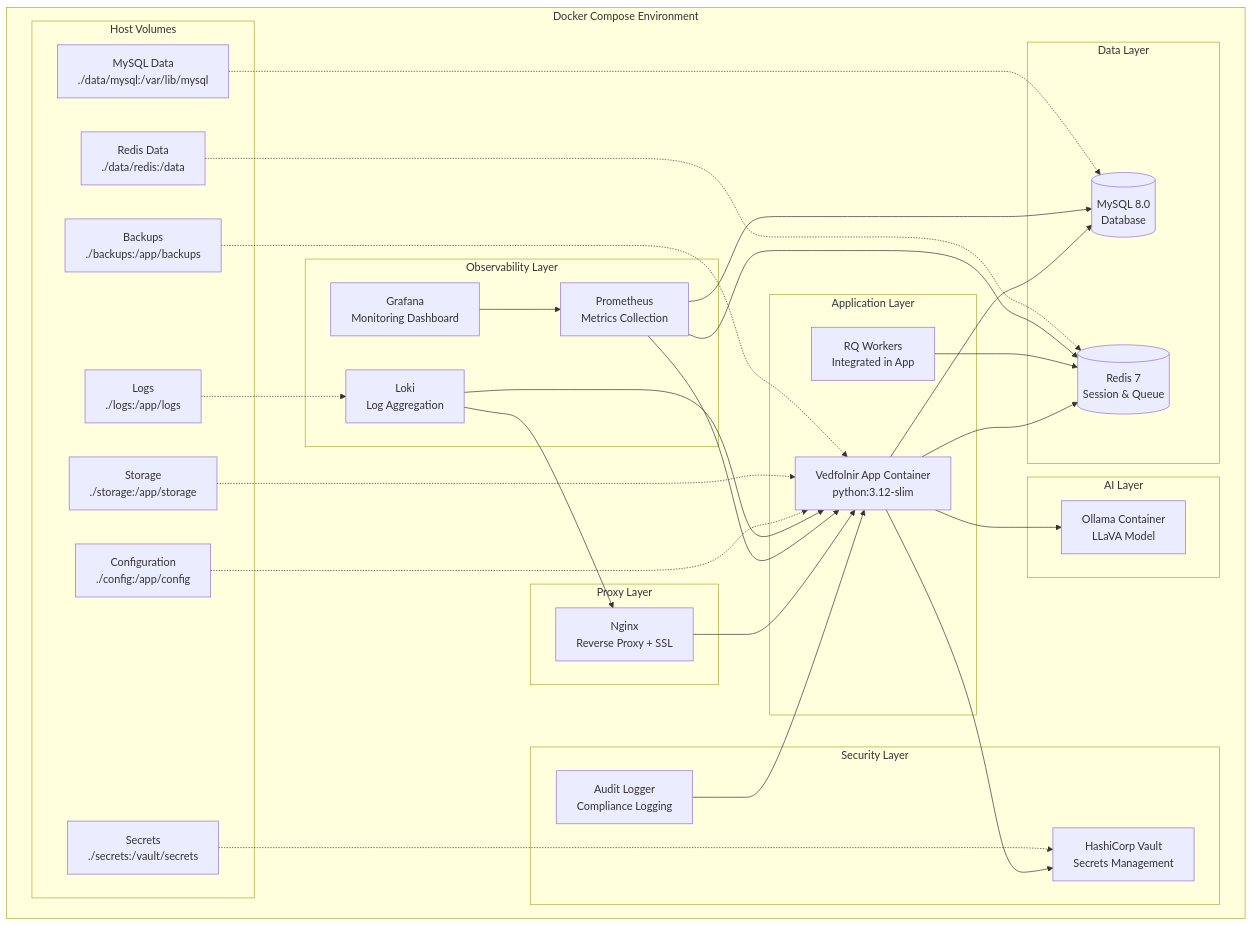
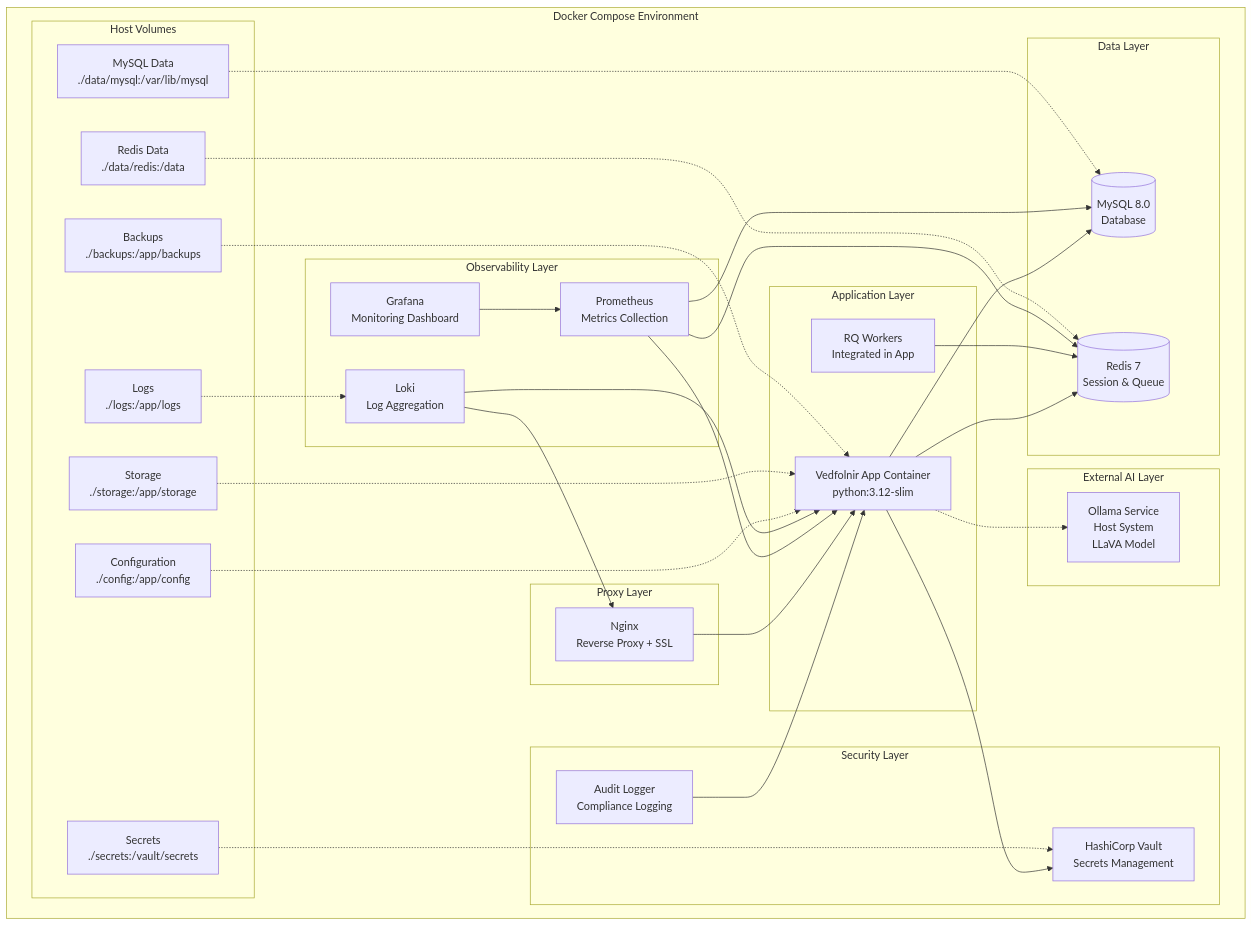
The first of 2 diagrams in .kiro/specs/docker-compose-migration/design.md (iolaire/Vedfolnir-AI-Powered-Accessibility-for-the-Fediverse), drawn with Mermaid before and after one commit. The commit also changed other lines of this file and 219 other files, not shown here.

````diff
--- a/.kiro/specs/docker-compose-migration/design.md
+++ b/.kiro/specs/docker-compose-migration/design.md
@@ -13,66 +13,66 @@
 ```mermaid
 graph TB
     subgraph "Docker Compose Environment"
         subgraph "Application Layer"
             APP[Vedfolnir App Container<br/>python:3.12-slim]
             WORKER[RQ Workers<br/>Integrated in App]
         end
         
         subgraph "Data Layer"
             MYSQL[(MySQL 8.0<br/>Database)]
             REDIS[(Redis 7<br/>Session & Queue)]
         end
         
-        subgraph "AI Layer"
-            OLLAMA[Ollama Container<br/>LLaVA Model]
+        subgraph "External AI Layer"
+            OLLAMA[Ollama Service<br/>Host System<br/>LLaVA Model]
         end
         
         subgraph "Proxy Layer"
             NGINX[Nginx<br/>Reverse Proxy + SSL]
         end
         
         subgraph "Observability Layer"
             PROMETHEUS[Prometheus<br/>Metrics Collection]
             GRAFANA[Grafana<br/>Monitoring Dashboard]
             LOKI[Loki<br/>Log Aggregation]
         end
         
         subgraph "Security Layer"
             VAULT[HashiCorp Vault<br/>Secrets Management]
             AUDIT[Audit Logger<br/>Compliance Logging]
         end
         
         subgraph "Host Volumes"
             CONFIG[Configuration<br/>./config:/app/config]
             STORAGE[Storage<br/>./storage:/app/storage]
             LOGS[Logs<br/>./logs:/app/logs]
             MYSQL_DATA[MySQL Data<br/>./data/mysql:/var/lib/mysql]
             REDIS_DATA[Redis Data<br/>./data/redis:/data]
             SECRETS[Secrets<br/>./secrets:/vault/secrets]
             BACKUPS[Backups<br/>./backups:/app/backups]
         end
     end
     
     NGINX --> APP
     APP --> MYSQL
     APP --> REDIS
-    APP --> OLLAMA
+    APP -.-> OLLAMA
     APP --> VAULT
     WORKER --> REDIS
     
     PROMETHEUS --> APP
     PROMETHEUS --> MYSQL
     PROMETHEUS --> REDIS
     GRAFANA --> PROMETHEUS
     LOKI --> APP
     LOKI --> NGINX
     AUDIT --> APP
     
     CONFIG -.-> APP
     STORAGE -.-> APP
     LOGS -.-> LOKI
     MYSQL_DATA -.-> MYSQL
     REDIS_DATA -.-> REDIS
     SECRETS -.-> VAULT
     BACKUPS -.-> APP
 ```
````
